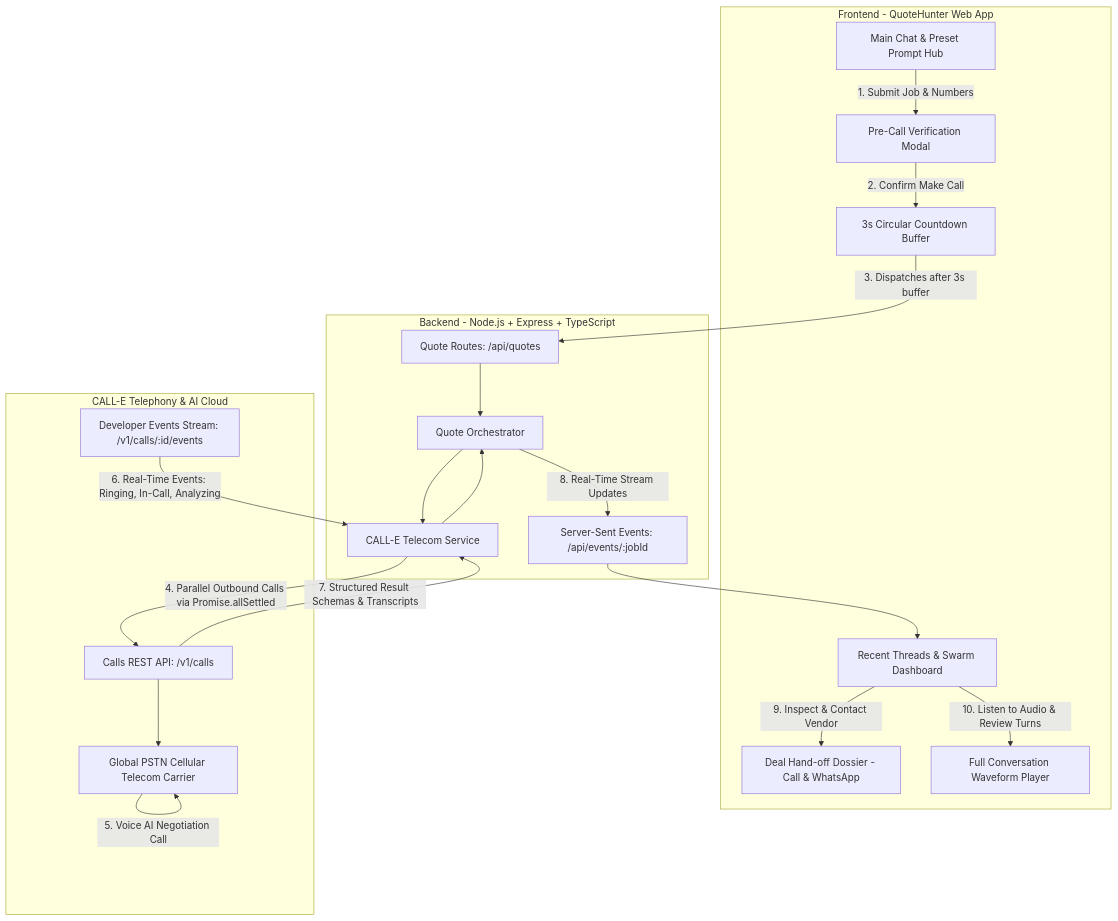
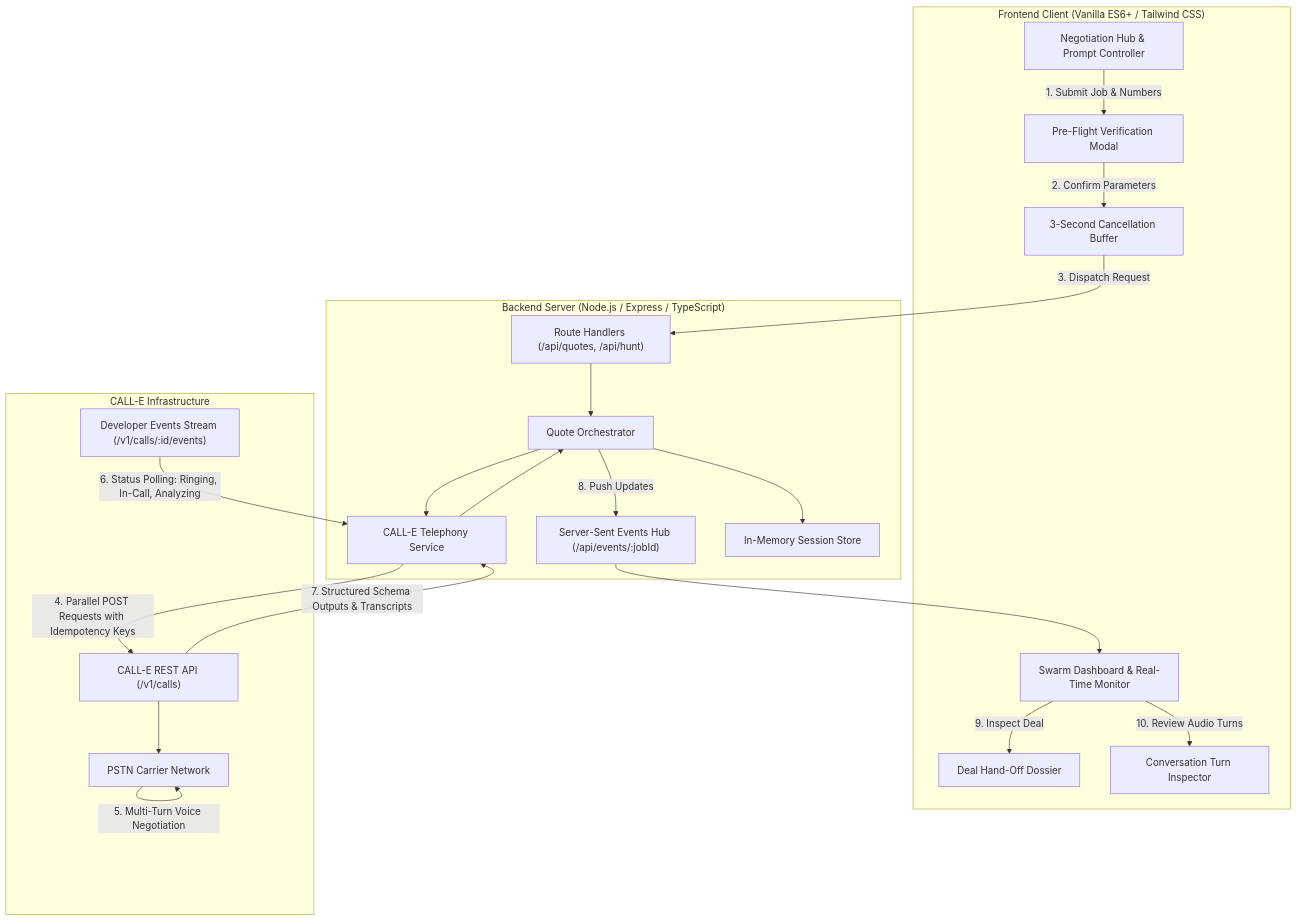
The diagram in README.md (GitSuman0699/CALL-E-Your-Code-Is-Calling), drawn with Mermaid before and after one commit. The commit also changed other lines of this file and 2 other files, not shown here.

````diff
--- a/README.md
+++ b/README.md
@@ -53,40 +51,42 @@
 ```mermaid
 flowchart TB
-    subgraph Client["Frontend - QuoteHunter Web App"]
-        UI["Main Chat & Preset Prompt Hub"]
-        VerifyModal["Pre-Call Verification Modal"]
-        CountdownRing["3s Circular Countdown Buffer"]
-        ThreadView["Recent Threads & Swarm Dashboard"]
-        DossierModal["Deal Hand-off Dossier - Call & WhatsApp"]
-        AudioModal["Full Conversation Waveform Player"]
+    subgraph Client["Frontend Client (Vanilla ES6+ / Tailwind CSS)"]
+        UI["Negotiation Hub & Prompt Controller"]
+        ModalVerify["Pre-Flight Verification Modal"]
+        Buffer["3-Second Cancellation Buffer"]
+        Dashboard["Swarm Dashboard & Real-Time Monitor"]
+        Dossier["Deal Hand-Off Dossier"]
+        Waveform["Conversation Turn Inspector"]
     end
 
-    subgraph Server["Backend - Node.js + Express + TypeScript"]
-        Routes["Quote Routes: /api/quotes"]
-        SSEStream["Server-Sent Events: /api/events/:jobId"]
+    subgraph Server["Backend Server (Node.js / Express / TypeScript)"]
+        APIRoutes["Route Handlers (/api/quotes, /api/hunt)"]
+        SSEHub["Server-Sent Events Hub (/api/events/:jobId)"]
         Orchestrator["Quote Orchestrator"]
-        CalleService["CALL-E Telecom Service"]
+        CalleService["CALL-E Telephony Service"]
+        Store["In-Memory Session Store"]
     end
 
-    subgraph CALLE["CALL-E Telephony & AI Cloud"]
-        RESTCalls["Calls REST API: /v1/calls"]
-        DevEvents["Developer Events Stream: /v1/calls/:id/events"]
-        PSTN["Global PSTN Cellular Telecom Carrier"]
+    subgraph Telephony["CALL-E Infrastructure"]
+        RESTCalls["CALL-E REST API (/v1/calls)"]
+        EventStream["Developer Events Stream (/v1/calls/:id/events)"]
+        PSTN["PSTN Carrier Network"]
     end
 
-    UI -->|1. Submit Job & Numbers| VerifyModal
-    VerifyModal -->|2. Confirm Make Call| CountdownRing
-    CountdownRing -->|3. Dispatches after 3s buffer| Routes
-    Routes --> Orchestrator
+    UI -->|1. Submit Job & Numbers| ModalVerify
+    ModalVerify -->|2. Confirm Parameters| Buffer
+    Buffer -->|3. Dispatch Request| APIRoutes
+    APIRoutes --> Orchestrator
+    Orchestrator --> Store
     Orchestrator --> CalleService
-    CalleService -->|4. Parallel Outbound Calls via Promise.allSettled| RESTCalls
+    CalleService -->|4. Parallel POST Requests with Idempotency Keys| RESTCalls
     RESTCalls --> PSTN
-    PSTN -->|5. Voice AI Negotiation Call| PSTN
-    DevEvents -->|6. Real-Time Events: Ringing, In-Call, Analyzing| CalleService
-    RESTCalls -->|7. Structured Result Schemas & Transcripts| CalleService
+    PSTN -->|5. Multi-Turn Voice Negotiation| PSTN
+    EventStream -->|6. Status Polling: Ringing, In-Call, Analyzing| CalleService
+    RESTCalls -->|7. Structured Schema Outputs & Transcripts| CalleService
     CalleService --> Orchestrator
-    Orchestrator -->|8. Real-Time Stream Updates| SSEStream
-    SSEStream --> ThreadView
-    ThreadView -->|9. Inspect & Contact Vendor| DossierModal
-    ThreadView -->|10. Listen to Audio & Review Turns| AudioModal
+    Orchestrator -->|8. Push Updates| SSEHub
+    SSEHub --> Dashboard
+    Dashboard -->|9. Inspect Deal| Dossier
+    Dashboard -->|10. Review Audio Turns| Waveform
 ```
````
